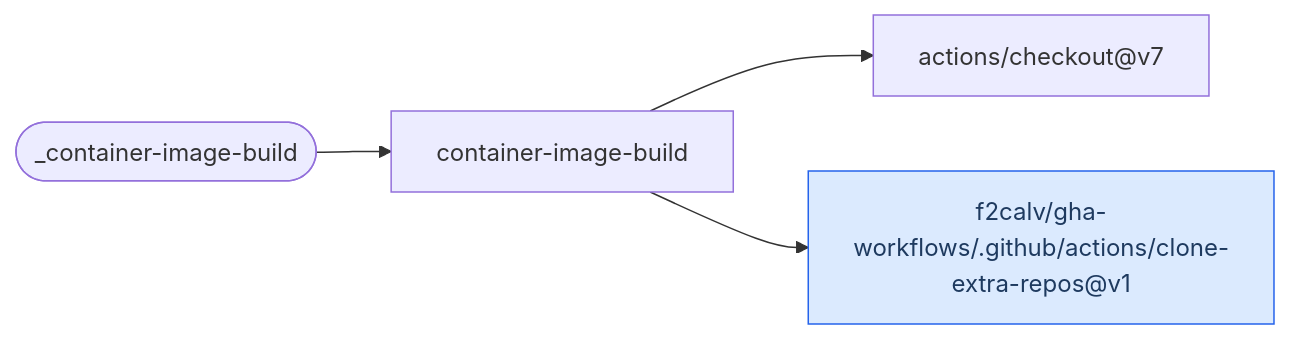
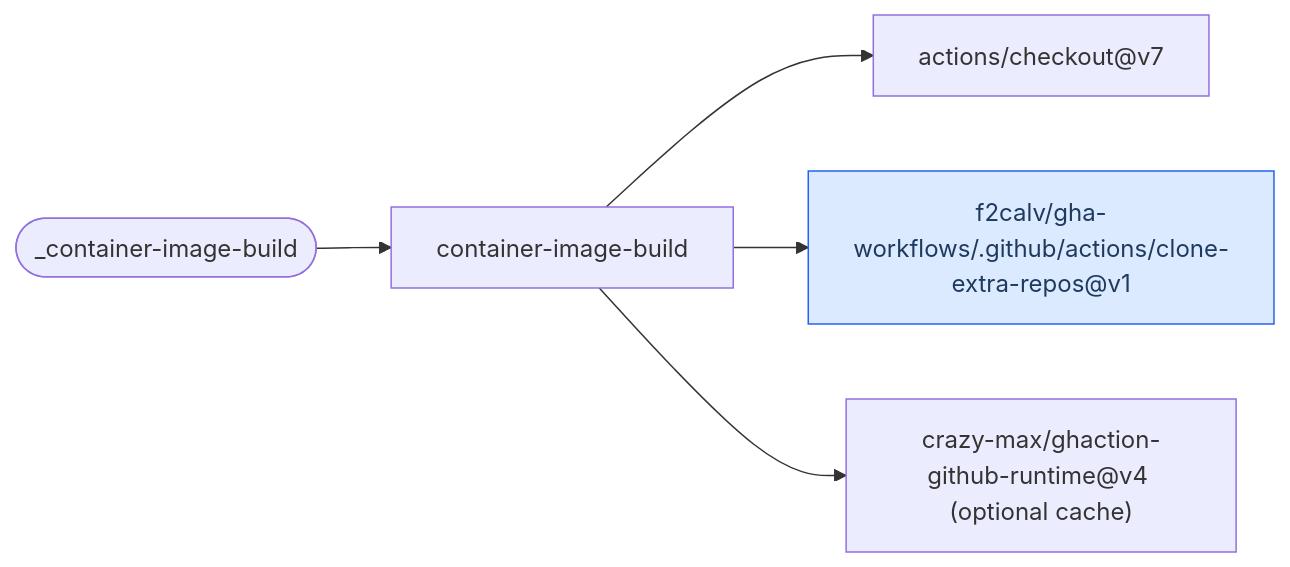
Before and after one commit to f2calv/gha-workflows: the ninth of 14 diagrams in README.md, drawn with Mermaid. The commit also changed other lines of this file and 14 other files, not shown here.

````diff
--- a/README.md
+++ b/README.md
@@ -321,8 +320,9 @@
 ```mermaid
-flowchart LR
+graph LR
     classDef f2calv fill:#dbeafe,stroke:#2563eb,color:#1e3a5f
     W(["_container-image-build"]) --> J["container-image-build"]
     J --> A1["actions/checkout@v7"]
     J --> A2["f2calv/gha-workflows/.github/actions/clone-extra-repos@v1"]
     class A2 f2calv
+    J --> A3["crazy-max/ghaction-github-runtime@v4 (optional cache)"]
 ```
````
